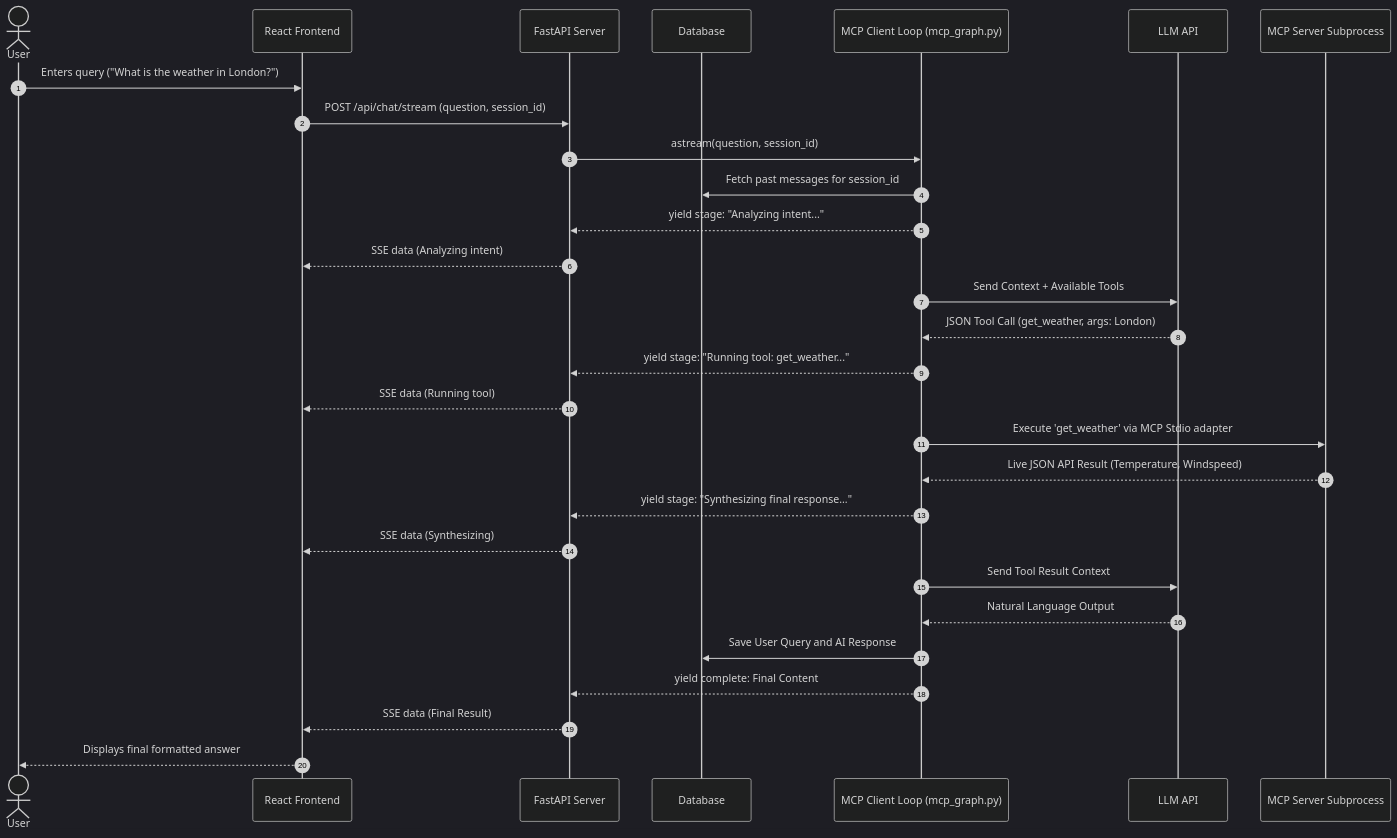
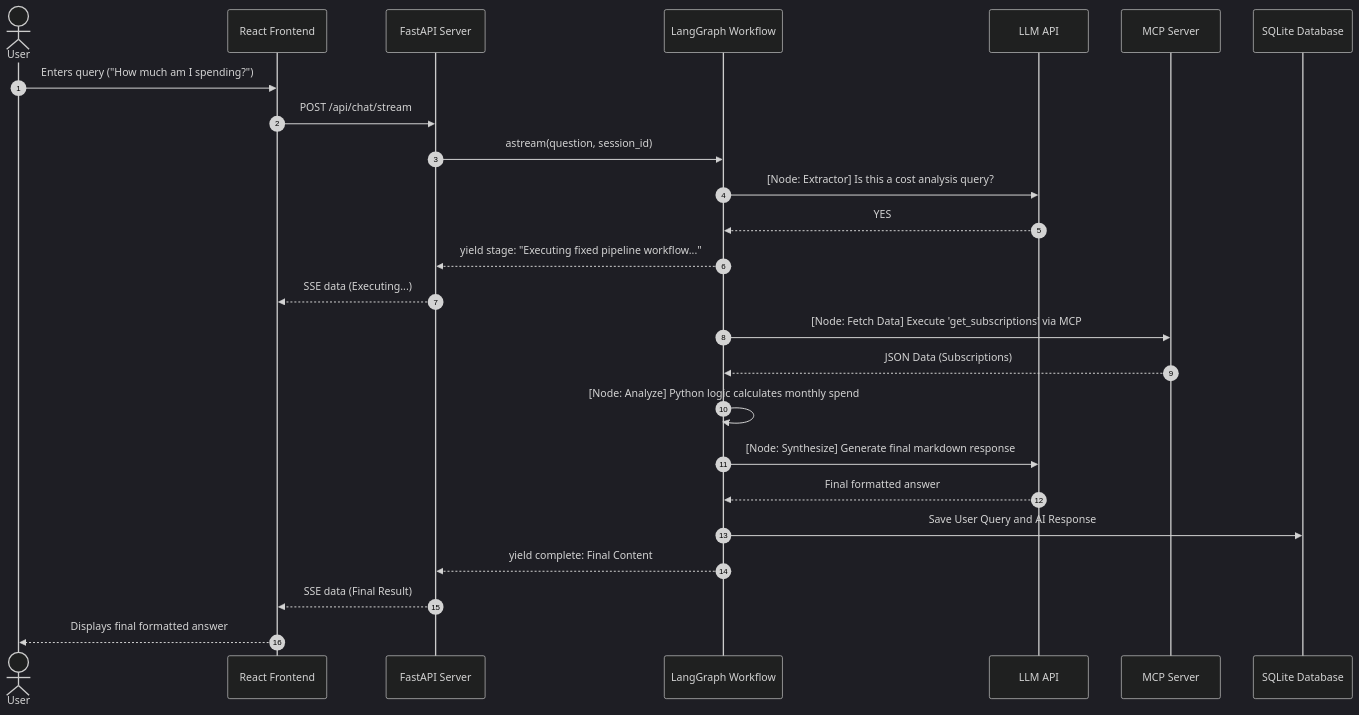
One commit to vasu79-debug/Rag-based-chatbot-application changed the second of 2 diagrams in ARCHITECTURE.md. Above: the diagram before and after it, drawn with Mermaid (dark theme). The commit also changed other lines of this file and 12 other files, not shown here.

````diff
--- a/ARCHITECTURE.md
+++ b/ARCHITECTURE.md
@@ -58,40 +70,35 @@
 ```mermaid
 sequenceDiagram
     autonumber
     actor User as User
     participant Frontend as React Frontend
     participant FastAPI as FastAPI Server
-    participant SQLite as Database
-    participant Agent as MCP Client Loop (mcp_graph.py)
+    participant Agent as LangGraph Workflow
     participant LLM as LLM API
-    participant MCPSrv as MCP Server Subprocess
+    participant MCPSrv as MCP Server
+    participant DB as SQLite Database
 
-    User->>Frontend: Enters query ("What is the weather in London?")
-    Frontend->>FastAPI: POST /api/chat/stream (question, session_id)
+    User->>Frontend: Enters query ("How much am I spending?")
+    Frontend->>FastAPI: POST /api/chat/stream
     
     FastAPI->>Agent: astream(question, session_id)
-    Agent->>SQLite: Fetch past messages for session_id
     
-    Agent-->>FastAPI: yield stage: "Analyzing intent..."
-    FastAPI-->>Frontend: SSE data (Analyzing intent)
+    Agent->>LLM: [Node: Extractor] Is this a cost analysis query?
+    LLM-->>Agent: YES
     
-    Agent->>LLM: Send Context + Available Tools
-    LLM-->>Agent: JSON Tool Call (get_weather, args: London)
+    Agent-->>FastAPI: yield stage: "Executing fixed pipeline workflow..."
+    FastAPI-->>Frontend: SSE data (Executing...)
     
-    Agent-->>FastAPI: yield stage: "Running tool: get_weather..."
-    FastAPI-->>Frontend: SSE data (Running tool)
+    Agent->>MCPSrv: [Node: Fetch Data] Execute 'get_subscriptions' via MCP
+    MCPSrv-->>Agent: JSON Data (Subscriptions)
     
-    Agent->>MCPSrv: Execute 'get_weather' via MCP Stdio adapter
-    MCPSrv-->>Agent: Live JSON API Result (Temperature, Windspeed)
+    Agent->>Agent: [Node: Analyze] Python logic calculates monthly spend
     
-    Agent-->>FastAPI: yield stage: "Synthesizing final response..."
-    FastAPI-->>Frontend: SSE data (Synthesizing)
+    Agent->>LLM: [Node: Synthesize] Generate final markdown response
+    LLM-->>Agent: Final formatted answer
     
-    Agent->>LLM: Send Tool Result Context
-    LLM-->>Agent: Natural Language Output
-    
-    Agent->>SQLite: Save User Query and AI Response
+    Agent->>DB: Save User Query and AI Response
     Agent-->>FastAPI: yield complete: Final Content
     FastAPI-->>Frontend: SSE data (Final Result)
     Frontend-->>User: Displays final formatted answer
 ```
````
